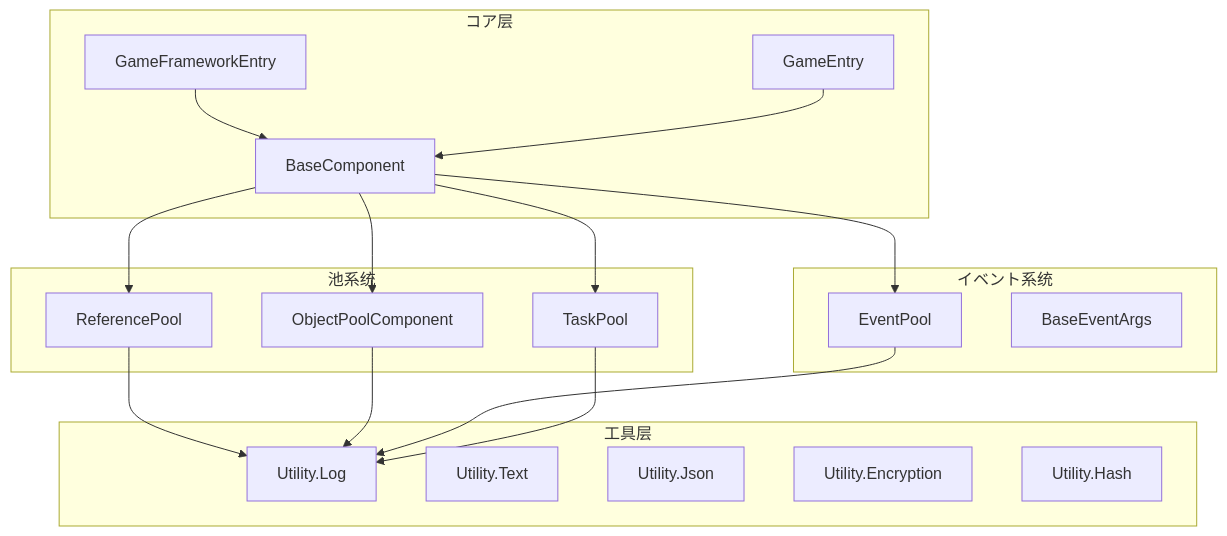
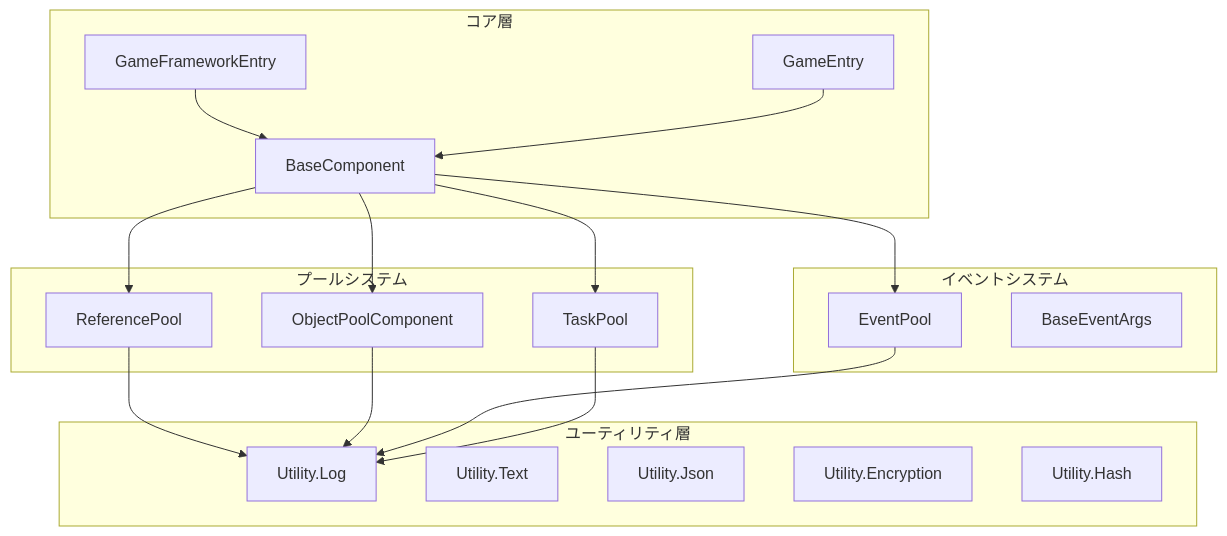
The diagram in docs/ja/client/unity/component/core/20.api-reference.md (AlianBlank/GameFrameX.Docs), drawn with Mermaid before and after one commit. The commit also changed other lines of this file and 320 other files, not shown here.

````diff
--- a/docs/ja/client/unity/component/core/20.api-reference.md
+++ b/docs/ja/client/unity/component/core/20.api-reference.md
@@ -19,38 +19,38 @@
 ```mermaid
 graph TD
-    subgraph Core["コア层"]
+    subgraph Core["コア層"]
         GFEntry[GameFrameworkEntry]
         GEntry[GameEntry]
         Base[BaseComponent]
     end
 
-    subgraph PoolSystem["池系统"]
+    subgraph PoolSystem["プールシステム"]
         RefPool[ReferencePool]
         ObjPool[ObjectPoolComponent]
         TaskPool[TaskPool]
     end
 
-    subgraph EventSystem["イベント系统"]
+    subgraph EventSystem["イベントシステム"]
         EventPool[EventPool<T>]
         BaseEventArgs[BaseEventArgs]
     end
 
-    subgraph Utility["工具层"]
+    subgraph Utility["ユーティリティ層"]
         Log[Utility.Log]
         Text[Utility.Text]
         Json[Utility.Json]
         Encryption[Utility.Encryption]
         Hash[Utility.Hash]
     end
 
     GFEntry --> Base
     GEntry --> Base
     Base --> RefPool
     Base --> ObjPool
     Base --> EventPool
     Base --> TaskPool
     RefPool --> Log
     ObjPool --> Log
     EventPool --> Log
     TaskPool --> Log
 ```
````
